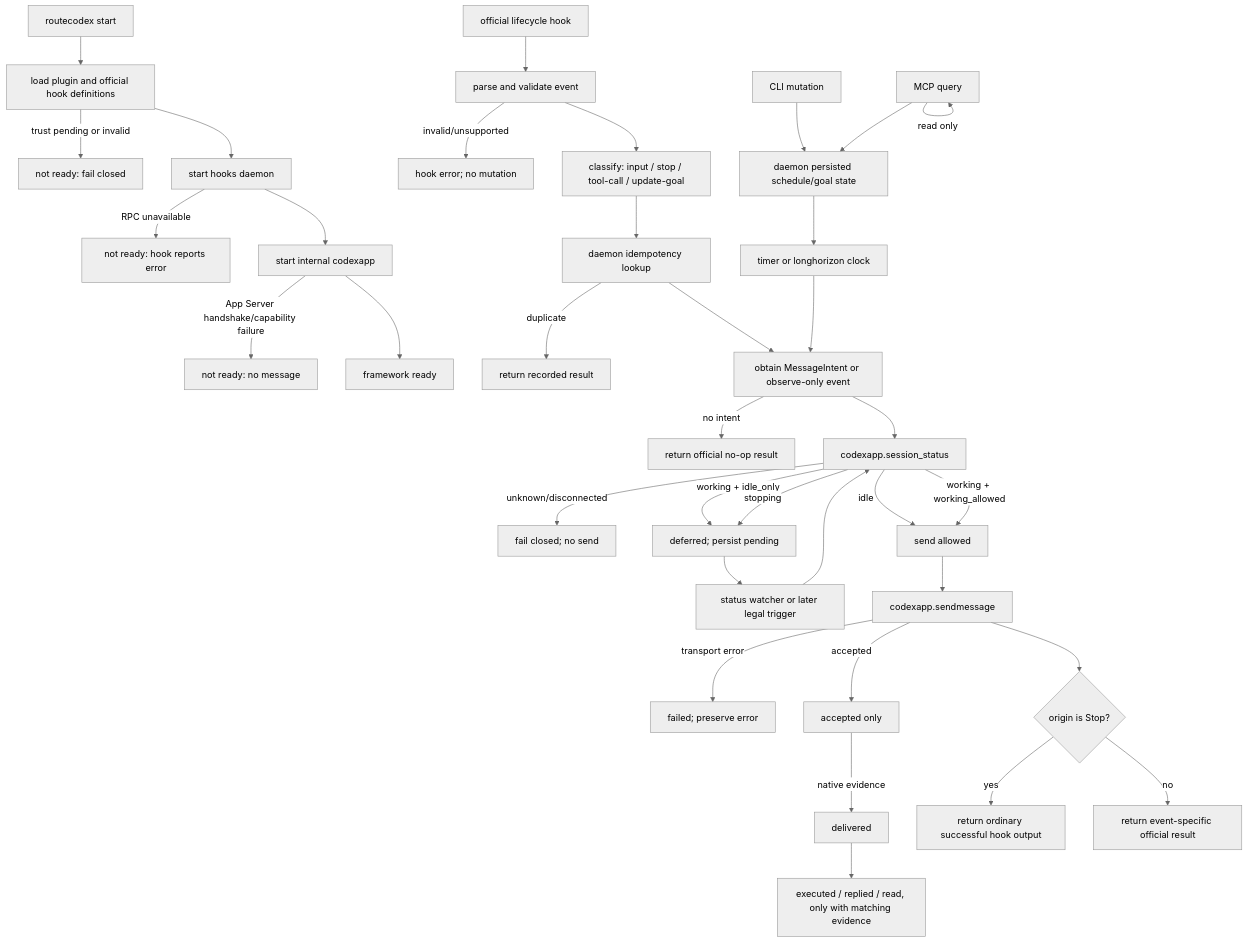
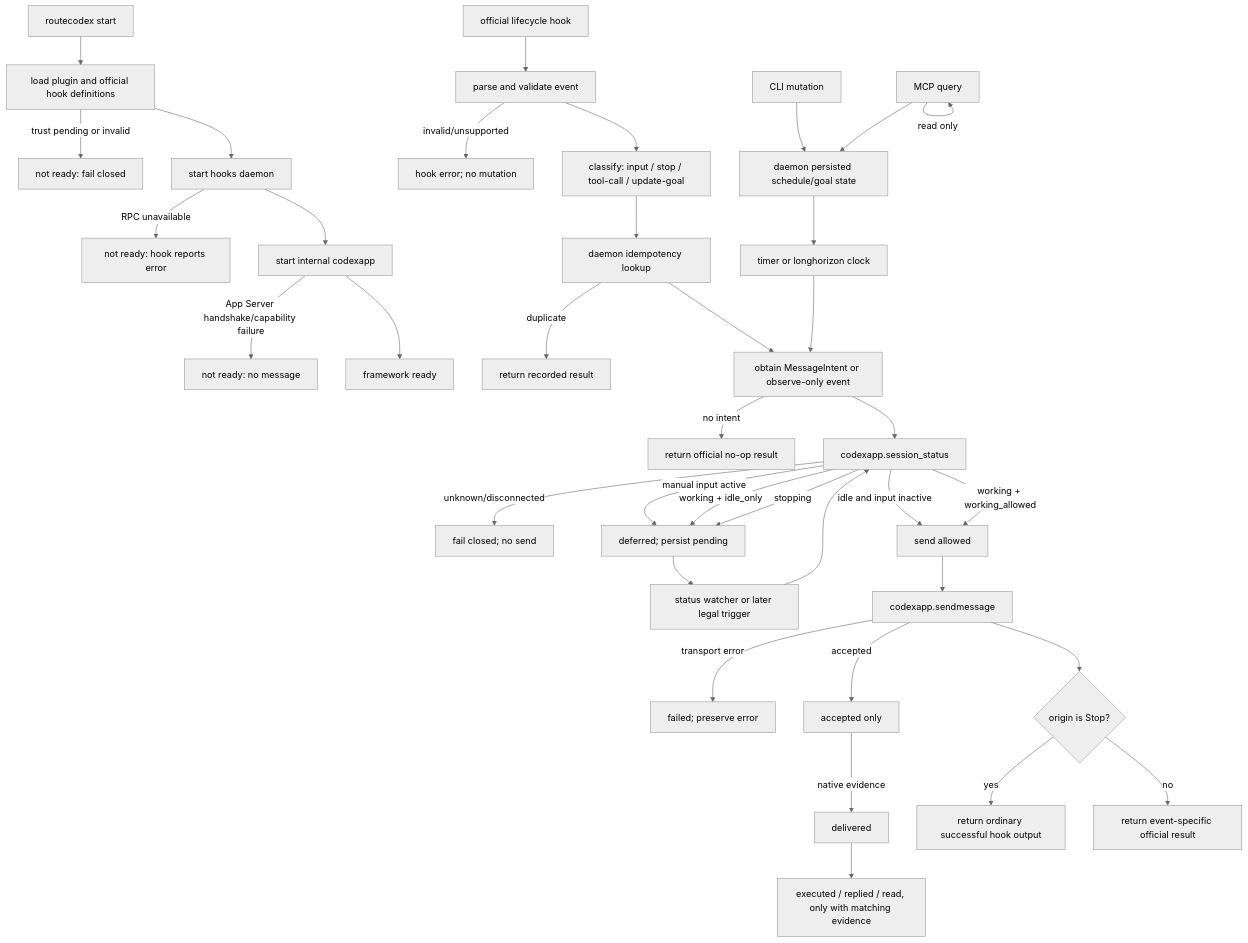
One commit to Jasonzhangf/codex-hooks changed the first of 2 diagrams in docs/framework-graph.md. Above: the diagram before and after it, drawn with Mermaid (neutral theme). The commit also changed other lines of this file and 23 other files, not shown here.

````diff
--- a/docs/framework-graph.md
+++ b/docs/framework-graph.md
@@ -27,40 +27,41 @@
 ```mermaid
 flowchart TD
   A[routecodex start] --> B[load plugin and official hook definitions]
   B -->|trust pending or invalid| X1[not ready: fail closed]
   B --> C[start hooks daemon]
   C -->|RPC unavailable| X2[not ready: hook reports error]
   C --> D[start internal codexapp]
   D -->|App Server handshake/capability failure| X3[not ready: no message]
   D --> E[framework ready]
 
   H[official lifecycle hook] --> I[parse and validate event]
   I -->|invalid/unsupported| X4[hook error; no mutation]
   I --> J[classify: input / stop / tool-call / update-goal]
   J --> K[daemon idempotency lookup]
   K -->|duplicate| R[return recorded result]
   K --> L[obtain MessageIntent or observe-only event]
   L -->|no intent| R2[return official no-op result]
   L --> M[codexapp.session_status]
   M -->|unknown/disconnected| X5[fail closed; no send]
-  M -->|idle| N[send allowed]
+  M -->|idle and input inactive| N[send allowed]
+  M -->|manual input active| O[deferred; persist pending]
   M -->|working + idle_only| O[deferred; persist pending]
   M -->|working + working_allowed| N
   M -->|stopping| O
   O --> P[status watcher or later legal trigger]
   P --> M
   N --> Q[codexapp.sendmessage]
   Q -->|transport error| X6[failed; preserve error]
   Q -->|accepted| S[accepted only]
   S -->|native evidence| T[delivered]
   T --> U[executed / replied / read, only with matching evidence]
   Q --> V{origin is Stop?}
   V -->|yes| W[return ordinary successful hook output]
   V -->|no| Y[return event-specific official result]
 
   Z[timer or longhorizon clock] --> L
   Z2[CLI mutation] --> Z3[daemon persisted schedule/goal state]
   Z3 --> Z
   Z4[MCP query] --> Z3
   Z4 -->|read only| Z4
 ```
````
